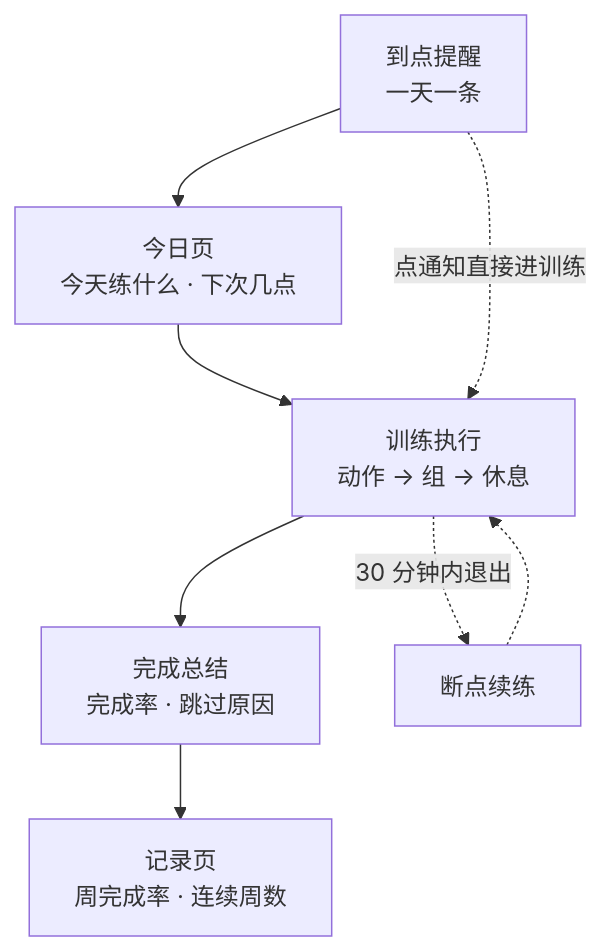
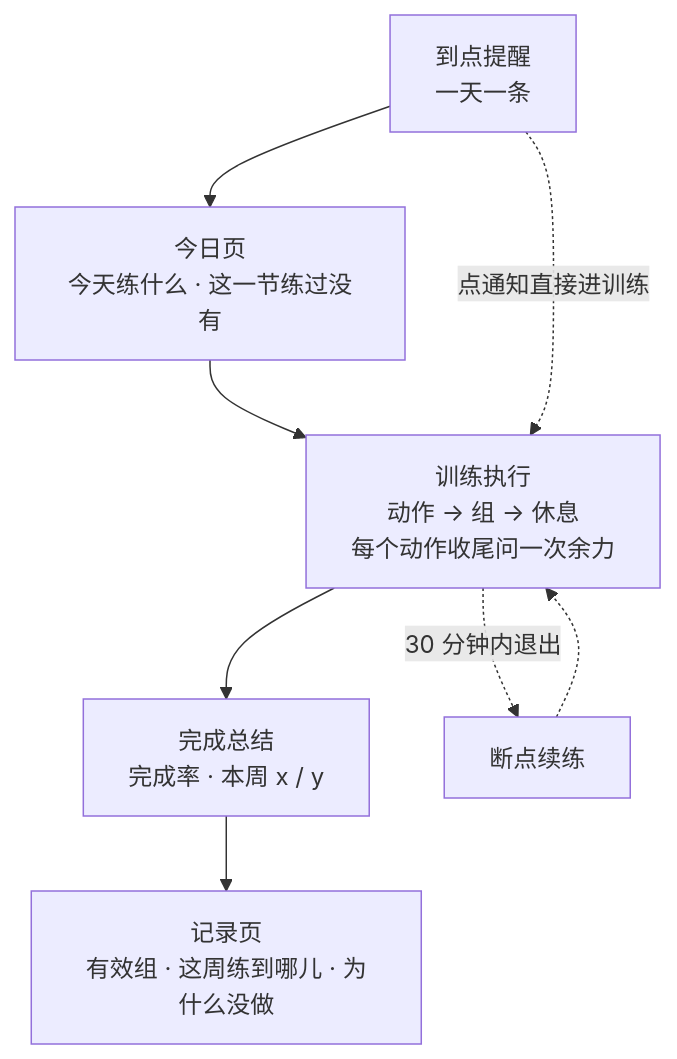
Before and after one commit to tangzzz-fan/SportsHelper: the second of 3 diagrams in docs/FLOW.md, drawn with Mermaid. The commit also changed other lines of this file and 1 other file, not shown here.

First line of the commit message:
docs: FLOW 与 ARCHITECTURE 对齐当前实现

````diff
--- a/docs/FLOW.md
+++ b/docs/FLOW.md
@@ -24,10 +24,10 @@
 ```mermaid
 flowchart TD
-    Notify["到点提醒<br/>一天一条"] --> Today["今日页<br/>今天练什么 · 下次几点"]
-    Today --> Workout["训练执行<br/>动作 → 组 → 休息"]
-    Workout --> Summary["完成总结<br/>完成率 · 跳过原因"]
-    Summary --> History["记录页<br/>周完成率 · 连续周数"]
+    Notify["到点提醒<br/>一天一条"] --> Today["今日页<br/>今天练什么 · 这一节练过没有"]
+    Today --> Workout["训练执行<br/>动作 → 组 → 休息<br/>每个动作收尾问一次余力"]
+    Workout --> Summary["完成总结<br/>完成率 · 本周 x / y"]
+    Summary --> History["记录页<br/>有效组 · 这周练到哪儿 · 为什么没做"]
     Notify -.点通知直接进训练.-> Workout
     Workout -.30 分钟内退出.-> Resume["断点续练"]
     Resume -.-> Workout
 ```
````
